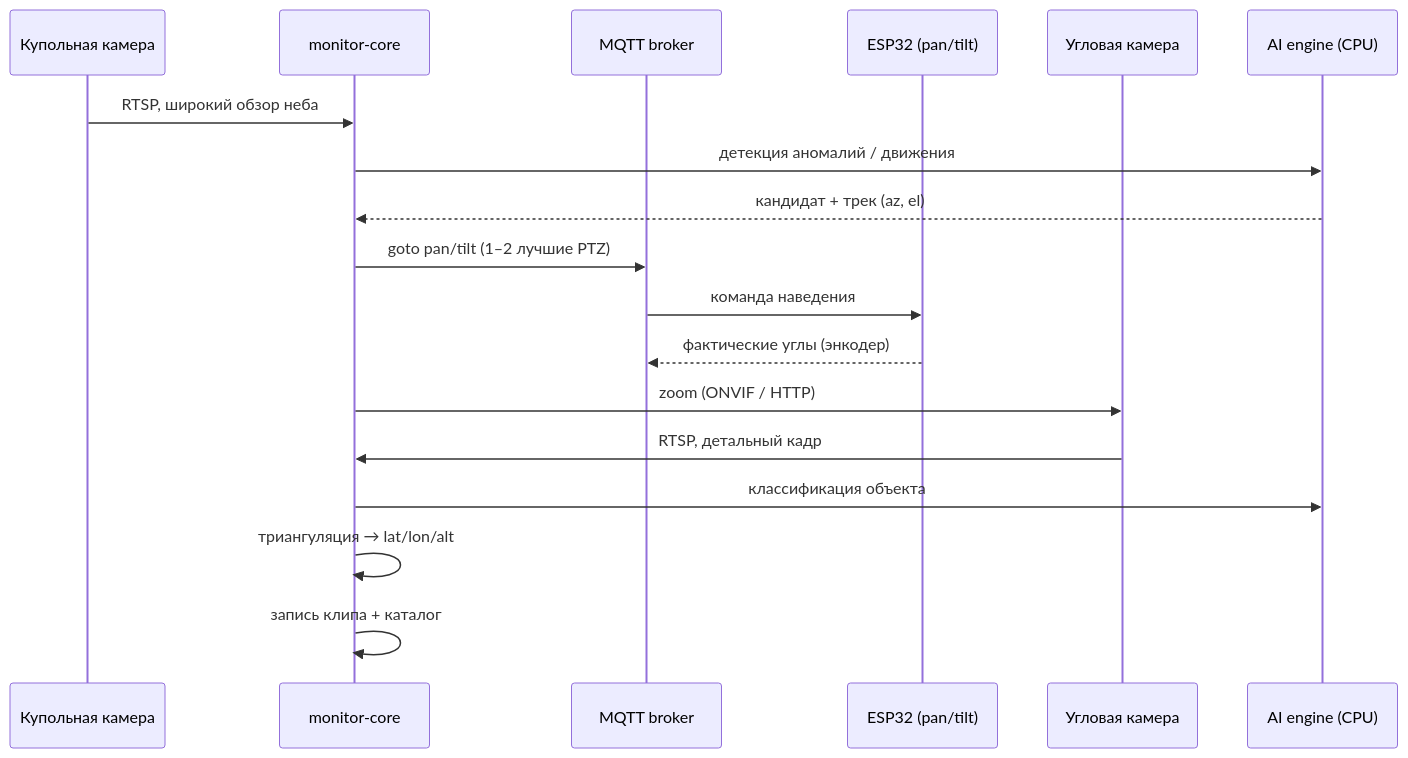
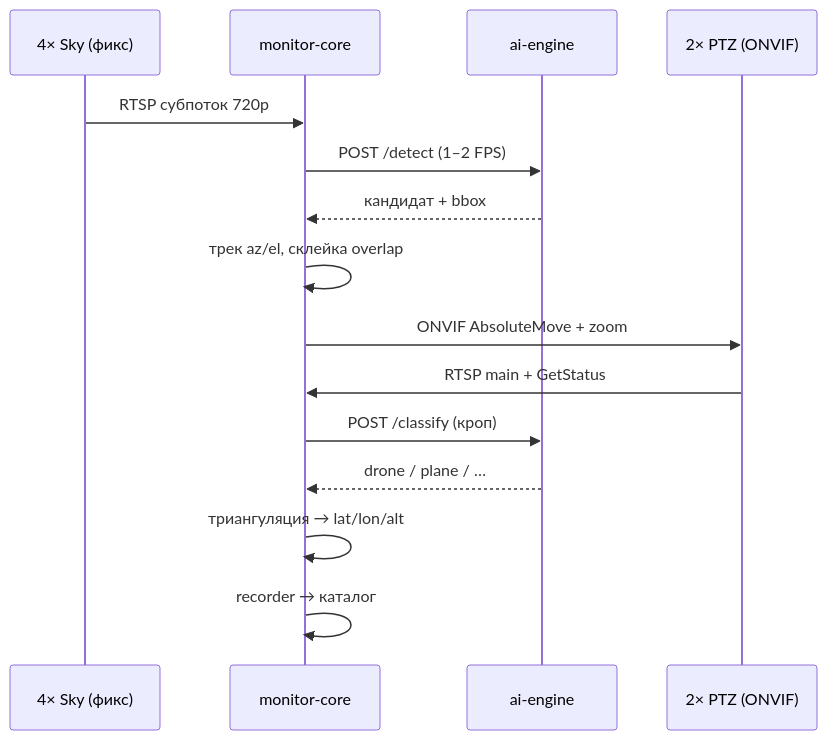
The first of 3 diagrams in README.md (Andry495/Dron_monitoring), drawn with Mermaid before and after one commit. The commit also changed other lines of this file and 39 other files, not shown here.

First line of the commit message:
Align documentation with v1 kit: 4 sky + 4 PTZ ONVIF, separate ai-engine.

````diff
--- a/README.md
+++ b/README.md
@@ -55,21 +65,18 @@
 ```mermaid
 sequenceDiagram
-    participant Dome as Купольная камера
+    participant Sky as 4× Sky (фикс)
     participant Core as monitor-core
-    participant MQTT as MQTT broker
-    participant ESP as ESP32 (pan/tilt)
-    participant PTZ as Угловая камера
-    participant AI as AI engine (CPU)
+    participant AI as ai-engine
+    participant PTZ as 2× PTZ (ONVIF)
 
-    Dome->>Core: RTSP, широкий обзор неба
-    Core->>AI: детекция аномалий / движения
-    AI-->>Core: кандидат + трек (az, el)
-    Core->>MQTT: goto pan/tilt (1–2 лучшие PTZ)
-    MQTT->>ESP: команда наведения
-    ESP-->>MQTT: фактические углы (энкодер)
-    Core->>PTZ: zoom (ONVIF / HTTP)
-    PTZ->>Core: RTSP, детальный кадр
-    Core->>AI: классификация объекта
+    Sky->>Core: RTSP субпоток 720p
+    Core->>AI: POST /detect (1–2 FPS)
+    AI-->>Core: кандидат + bbox
+    Core->>Core: трек az/el, склейка overlap
+    Core->>PTZ: ONVIF AbsoluteMove + zoom
+    PTZ->>Core: RTSP main + GetStatus
+    Core->>AI: POST /classify (кроп)
+    AI-->>Core: drone / plane / …
     Core->>Core: триангуляция → lat/lon/alt
-    Core->>Core: запись клипа + каталог
+    Core->>Core: recorder → каталог
 ```
````
